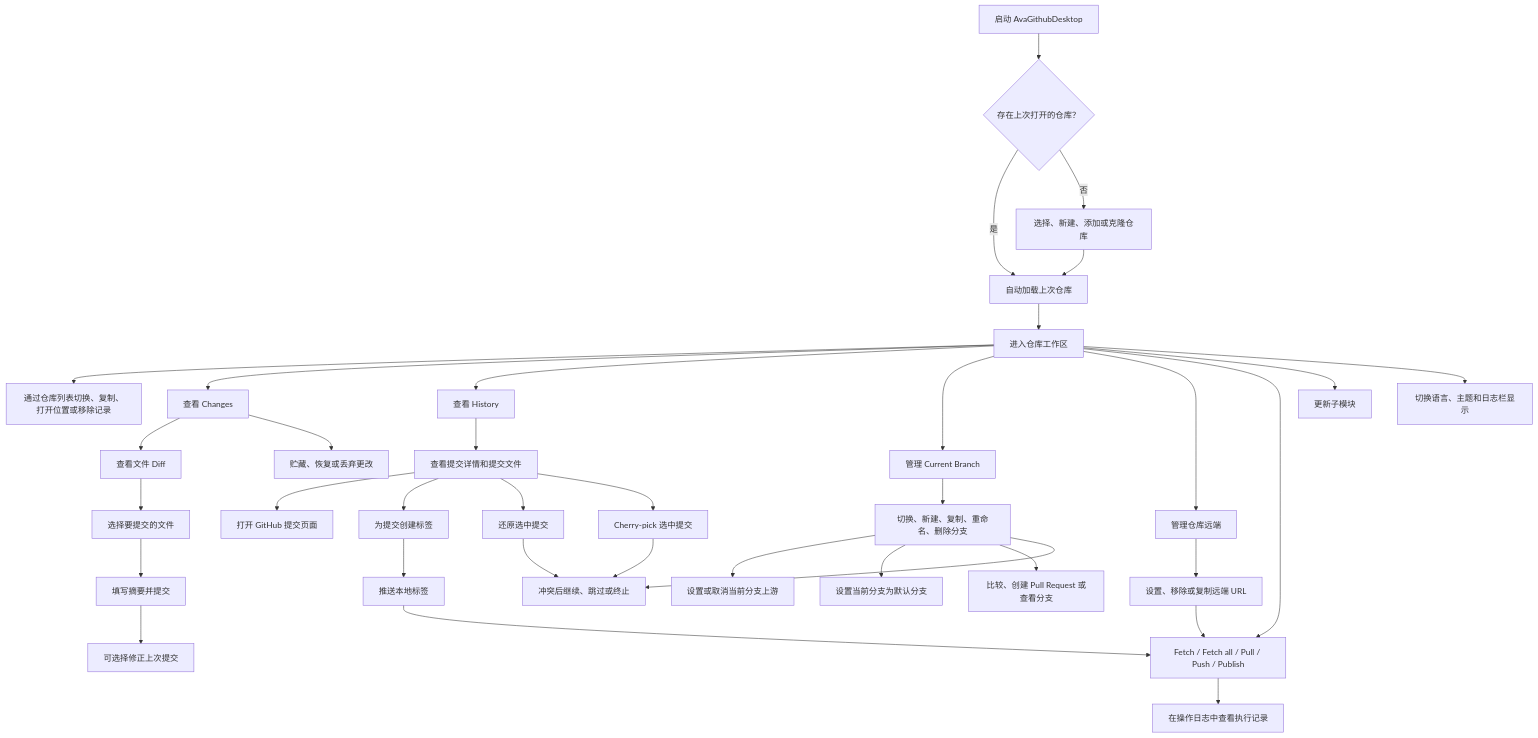
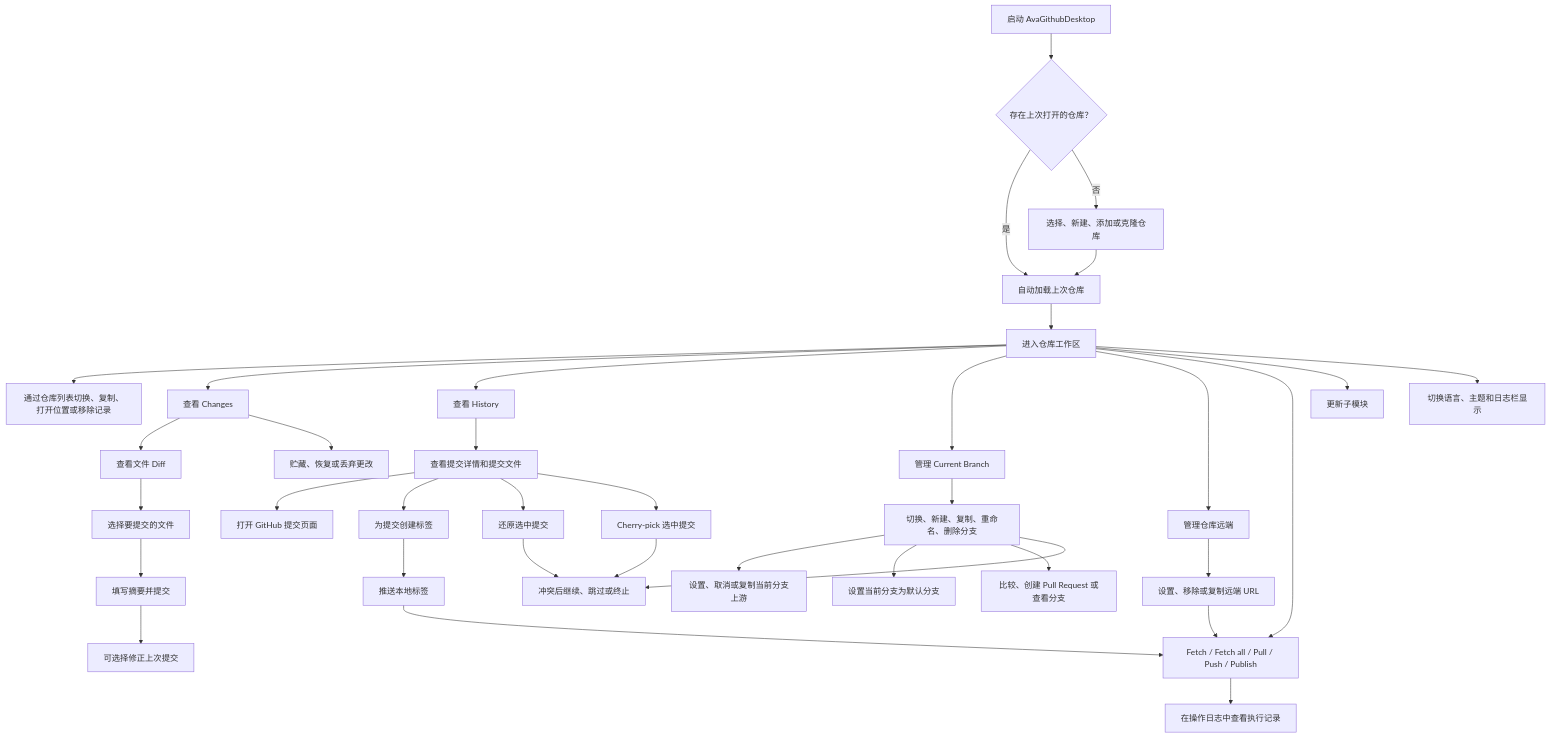
The diagram in docs/AvaGithubDesktop需求文档.md (dotnet9/AvaGithubDesktop), drawn with Mermaid before and after one commit. The commit also changed other lines of this file and 8 other files, not shown here.

Commit message:
feat: add upstream branch copy action

````diff
--- a/docs/AvaGithubDesktop需求文档.md
+++ b/docs/AvaGithubDesktop需求文档.md
@@ -48,38 +48,38 @@
 ```mermaid
 flowchart TD
     Start["启动 AvaGithubDesktop"] --> Restore{"存在上次打开的仓库？"}
     Restore -->|是| LoadRepo["自动加载上次仓库"]
     Restore -->|否| PickRepo["选择、新建、添加或克隆仓库"]
     PickRepo --> LoadRepo
     LoadRepo --> Workspace["进入仓库工作区"]
     Workspace --> RepoList["通过仓库列表切换、复制、打开位置或移除记录"]
     Workspace --> Changes["查看 Changes"]
     Workspace --> History["查看 History"]
     Workspace --> Branch["管理 Current Branch"]
     Workspace --> Remote["管理仓库远端"]
     Workspace --> Sync["Fetch / Fetch all / Pull / Push / Publish"]
     Changes --> ReviewDiff["查看文件 Diff"]
     ReviewDiff --> SelectFiles["选择要提交的文件"]
     SelectFiles --> Commit["填写摘要并提交"]
     Commit --> Amend["可选择修正上次提交"]
     Changes --> Stash["贮藏、恢复或丢弃更改"]
     History --> CommitDetail["查看提交详情和提交文件"]
     CommitDetail --> OpenCommit["打开 GitHub 提交页面"]
     CommitDetail --> CreateTag["为提交创建标签"]
     CommitDetail --> RevertCommit["还原选中提交"]
     CommitDetail --> CherryPick["Cherry-pick 选中提交"]
     RevertCommit --> ConflictOps
     CherryPick --> ConflictOps
     Branch --> BranchOps["切换、新建、复制、重命名、删除分支"]
-    BranchOps --> UpstreamOps["设置或取消当前分支上游"]
+    BranchOps --> UpstreamOps["设置、取消或复制当前分支上游"]
     BranchOps --> DefaultBranch["设置当前分支为默认分支"]
     BranchOps --> BranchGitHub["比较、创建 Pull Request 或查看分支"]
     BranchOps --> ConflictOps["冲突后继续、跳过或终止"]
     Remote --> RemoteOps["设置、移除或复制远端 URL"]
     RemoteOps --> Sync
     CreateTag --> PushTags["推送本地标签"]
     PushTags --> Sync
     Sync --> OperationLog["在操作日志中查看执行记录"]
     Workspace --> Submodules["更新子模块"]
     Workspace --> Settings["切换语言、主题和日志栏显示"]
 ```
````
